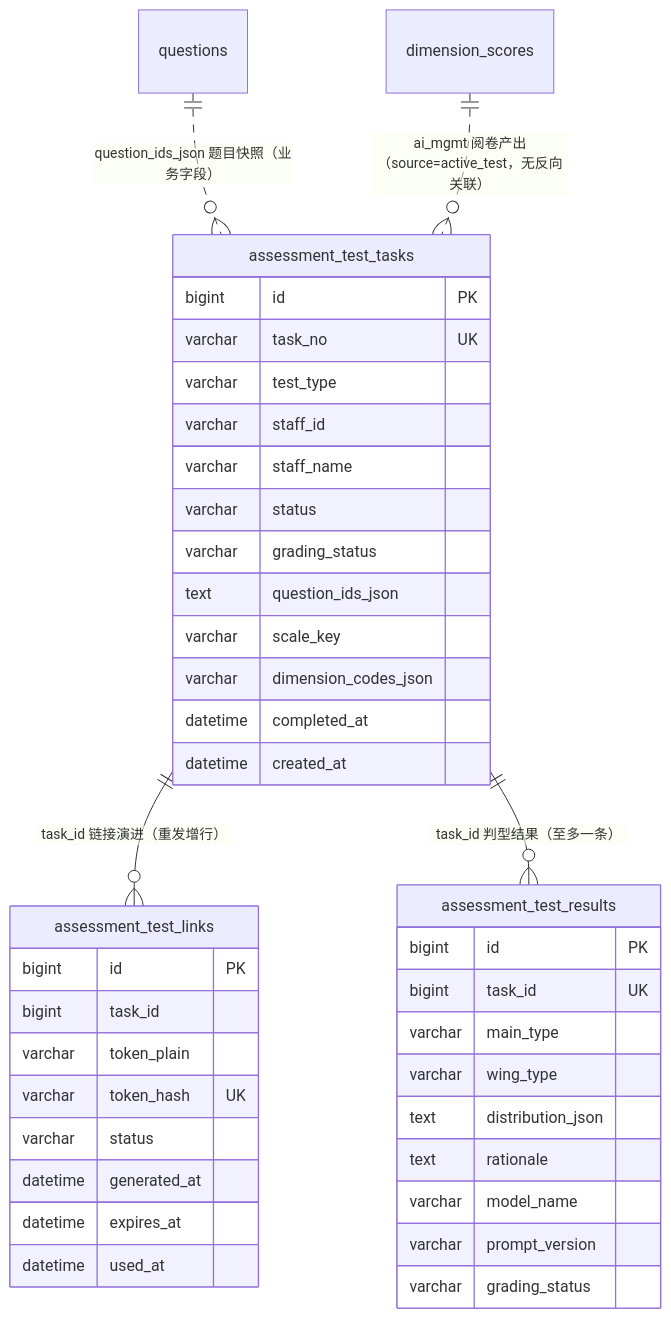
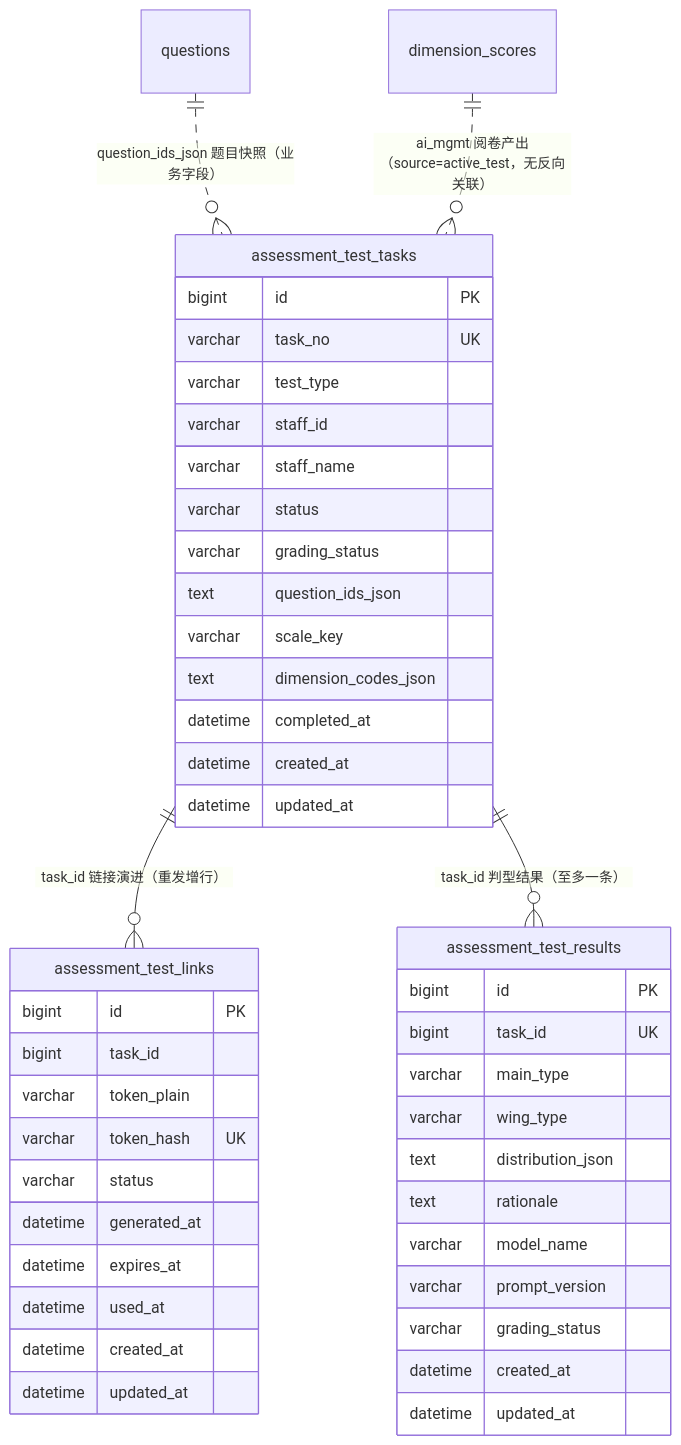
The diagram in context/05_specs/P2_TST_001_FEAT_主动测试评估运营/04_model_interface.md (zer0Black/sili-smart-hr), drawn with Mermaid before and after one commit. The commit also changed 19 other files, not shown here.

````diff
--- a/context/05_specs/P2_TST_001_FEAT_主动测试评估运营/04_model_interface.md
+++ b/context/05_specs/P2_TST_001_FEAT_主动测试评估运营/04_model_interface.md
@@ -55,43 +55,48 @@
 ```mermaid
 erDiagram
     assessment_test_tasks ||--o{ assessment_test_links : "task_id 链接演进（重发增行）"
     assessment_test_tasks ||--o{ assessment_test_results : "task_id 判型结果（至多一条）"
     questions ||..o{ assessment_test_tasks : "question_ids_json 题目快照（业务字段）"
     dimension_scores ||..o{ assessment_test_tasks : "ai_mgmt 阅卷产出（source=active_test，无反向关联）"
 
     assessment_test_tasks {
         bigint id PK
         varchar task_no UK
         varchar test_type
         varchar staff_id
         varchar staff_name
         varchar status
         varchar grading_status
         text question_ids_json
         varchar scale_key
-        varchar dimension_codes_json
+        text dimension_codes_json
         datetime completed_at
         datetime created_at
+        datetime updated_at
     }
     assessment_test_links {
         bigint id PK
         bigint task_id
         varchar token_plain
         varchar token_hash UK
         varchar status
         datetime generated_at
         datetime expires_at
         datetime used_at
+        datetime created_at
+        datetime updated_at
     }
     assessment_test_results {
         bigint id PK
         bigint task_id UK
         varchar main_type
         varchar wing_type
         text distribution_json
         text rationale
         varchar model_name
         varchar prompt_version
         varchar grading_status
+        datetime created_at
+        datetime updated_at
     }
 ```
````
